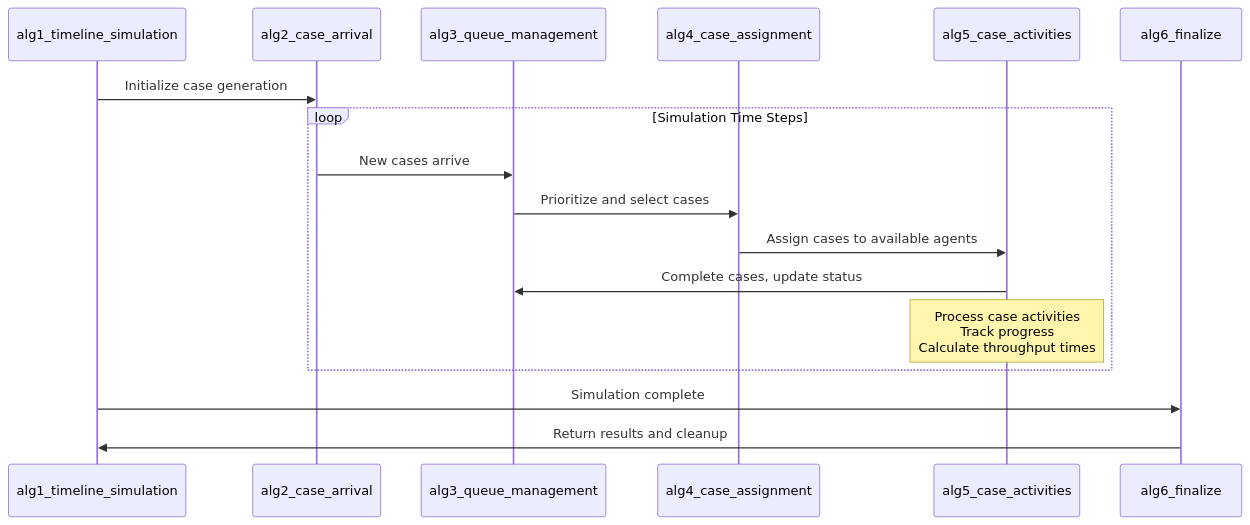
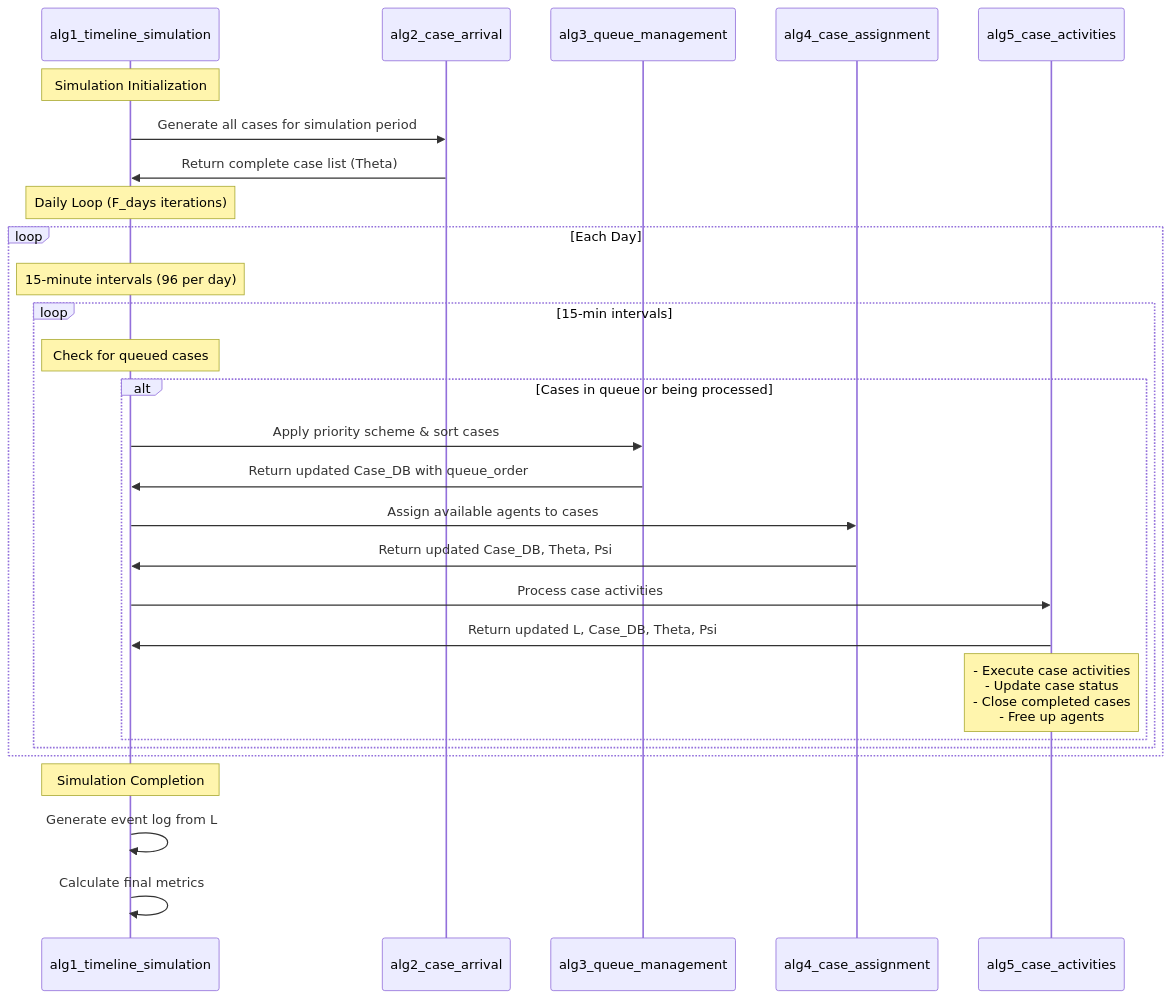
One commit to Mikeriess/NPS_paper changed the second of 2 diagrams in src/NPS_SIM/README.md. Above: the diagram before and after it, drawn with Mermaid. The commit also changed other lines of this file, not shown here.

Commit message:
improved documentation

````diff
--- a/src/NPS_SIM/README.md
+++ b/src/NPS_SIM/README.md
@@ -83,20 +117,33 @@
 ```mermaid
 sequenceDiagram
     participant Main as alg1_timeline_simulation
     participant Arrival as alg2_case_arrival
     participant Queue as alg3_queue_management
     participant Assignment as alg4_case_assignment
     participant Activities as alg5_case_activities
-    participant Finalize as alg6_finalize
     
-    Main->>Arrival: Initialize case generation
-    loop Simulation Time Steps
-        Arrival->>Queue: New cases arrive
-        Queue->>Assignment: Prioritize and select cases
-        Assignment->>Activities: Assign cases to available agents
-        Activities->>Queue: Complete cases, update status
-        Note over Activities: Process case activities<br/>Track progress<br/>Calculate throughput times
+    Note over Main: Simulation Initialization
+    Main->>Arrival: Generate all cases for simulation period
+    Arrival->>Main: Return complete case list (Theta)
+    
+    Note over Main: Daily Loop (F_days iterations)
+    loop Each Day
+        Note over Main: 15-minute intervals (96 per day)
+        loop 15-min intervals
+            Note over Main: Check for queued cases
+            alt Cases in queue or being processed
+                Main->>Queue: Apply priority scheme & sort cases
+                Queue->>Main: Return updated Case_DB with queue_order
+                Main->>Assignment: Assign available agents to cases
+                Assignment->>Main: Return updated Case_DB, Theta, Psi
+                Main->>Activities: Process case activities
+                Activities->>Main: Return updated L, Case_DB, Theta, Psi
+                Note over Activities: - Execute case activities<br/>- Update case status<br/>- Close completed cases<br/>- Free up agents
+            end
+        end
     end
-    Main->>Finalize: Simulation complete
-    Finalize->>Main: Return results and cleanup
+    
+    Note over Main: Simulation Completion
+    Main->>Main: Generate event log from L
+    Main->>Main: Calculate final metrics
 ```
````
